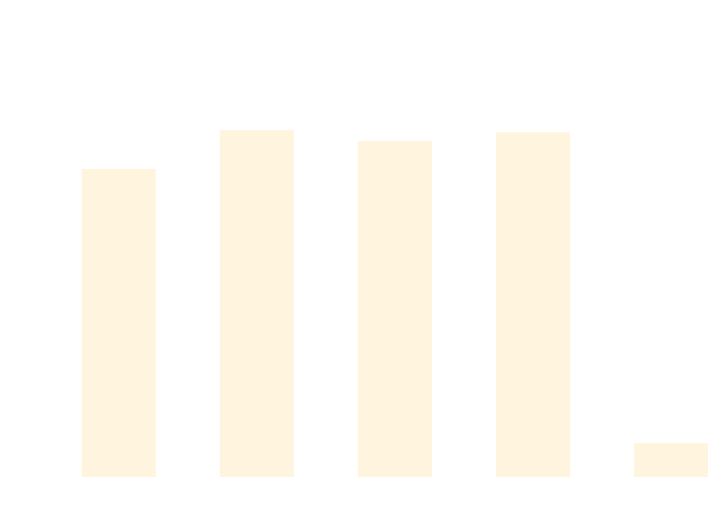
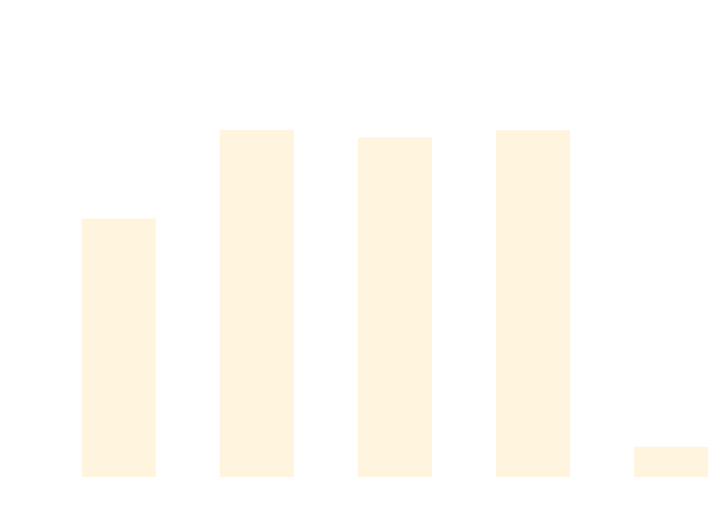
The diagram in docs/docs/benchmarks/ScaleTests.md (thomhurst/TUnit), drawn with Mermaid before and after one commit. The commit also changed other lines of this file and 17 other files, not shown here.

````diff
--- a/docs/docs/benchmarks/ScaleTests.md
+++ b/docs/docs/benchmarks/ScaleTests.md
@@ -27,37 +27,37 @@
 ```mermaid
 %%{init: {
   'theme':'base',
   'themeVariables': {
     'primaryColor': '#2563eb',
     'primaryTextColor': '#ffffff',
     'primaryBorderColor': '#1e40af',
     'lineColor': '#6b7280',
     'secondaryColor': '#7c3aed',
     'tertiaryColor': '#dc2626',
     'background': '#ffffff',
     'mainBkg': '#2563eb',
     'secondBkg': '#7c3aed',
     'tertiaryBkg': '#dc2626',
     'clusterBkg': '#f3f4f6',
     'edgeLabelBackground': '#ffffff',
     'tertiaryTextColor': '#1f2937',
     'pie1': '#2563eb',
     'pie2': '#7c3aed',
     'pie3': '#dc2626',
     'pie4': '#f59e0b',
     'pie5': '#10b981',
     'pie6': '#06b6d4',
     'pie7': '#ec4899',
     'pie8': '#6366f1',
     'pie9': '#84cc16',
     'pie10': '#f97316',
     'pie11': '#14b8a6',
     'pie12': '#a855f7'
   }
 }}%%
 xychart-beta
   title "ScaleTests Performance Comparison"
   x-axis ["TUnit", "NUnit", "MSTest", "xUnit3", "TUnit_AOT"]
-  y-axis "Time (ms)" 0 --> 700
-  bar [516.15, 582.62, 564.54, 578.98, 44.37]
+  y-axis "Time (ms)" 0 --> 822
+  bar [505.85, 684.72, 669.43, 684.21, 44.88]
 ```
````
